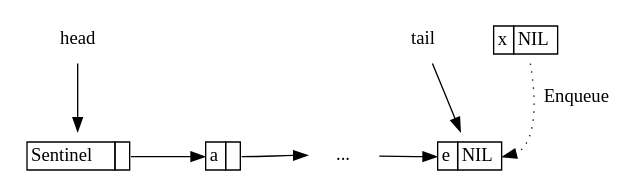
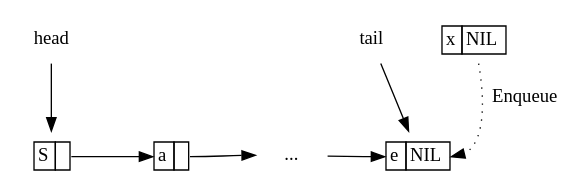
One commit to liuxinyu95/AlgoXY changed the diagram in datastruct/elementary/queue/img/enq-list-before.dot. Above: the diagram before and after it, drawn with Graphviz. The commit also changed 6 other files, not shown here.

```diff
--- a/datastruct/elementary/queue/img/enq-list-before.dot
+++ b/datastruct/elementary/queue/img/enq-list-before.dot
@@ -1,22 +1,22 @@
 digraph G{
 	margin="0"
     node[shape=plaintext];
 	S[label=<<TABLE BORDER="0" CELLBORDER="1" CELLSPACING="0">
-      <TR><TD>Sentinel</TD><TD PORT="next"> </TD></TR></TABLE>>];
+      <TR><TD>S</TD><TD PORT="next"> </TD></TR></TABLE>>];
 	q1[label=<<TABLE BORDER="0" CELLBORDER="1" CELLSPACING="0">
        <TR><TD PORT="key">a</TD><TD PORT="next"> </TD></TR></TABLE>>];
 	qi[shape=none, label="..."];
 	qt[label=<<TABLE BORDER="0" CELLBORDER="1" CELLSPACING="0">
        <TR><TD PORT="key">e</TD><TD PORT="next">NIL</TD></TR></TABLE>>];
 	x[label=<<TABLE BORDER="0" CELLBORDER="1" CELLSPACING="0"
       ><TR><TD PORT="key">x</TD><TD>NIL</TD></TR></TABLE>>];
 	head[shape=none];
 	tail[shape=none];
 	head->S;
 	S:next -> q1:key;
 	q1:next->qi:w;
 	qi->qt:key;
 	tail->qt;
 	x->qt:next[label="Enqueue", style=dotted];
 	{rank=same S q1 qi qt}
 }
```
